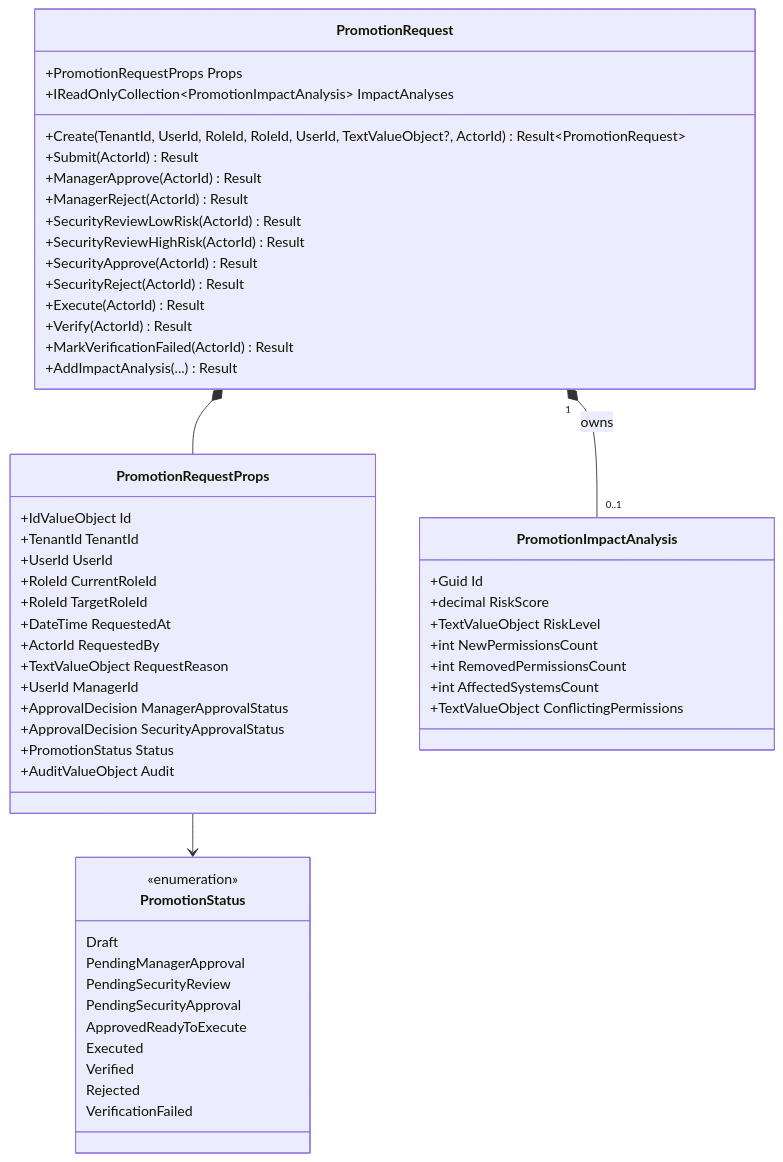
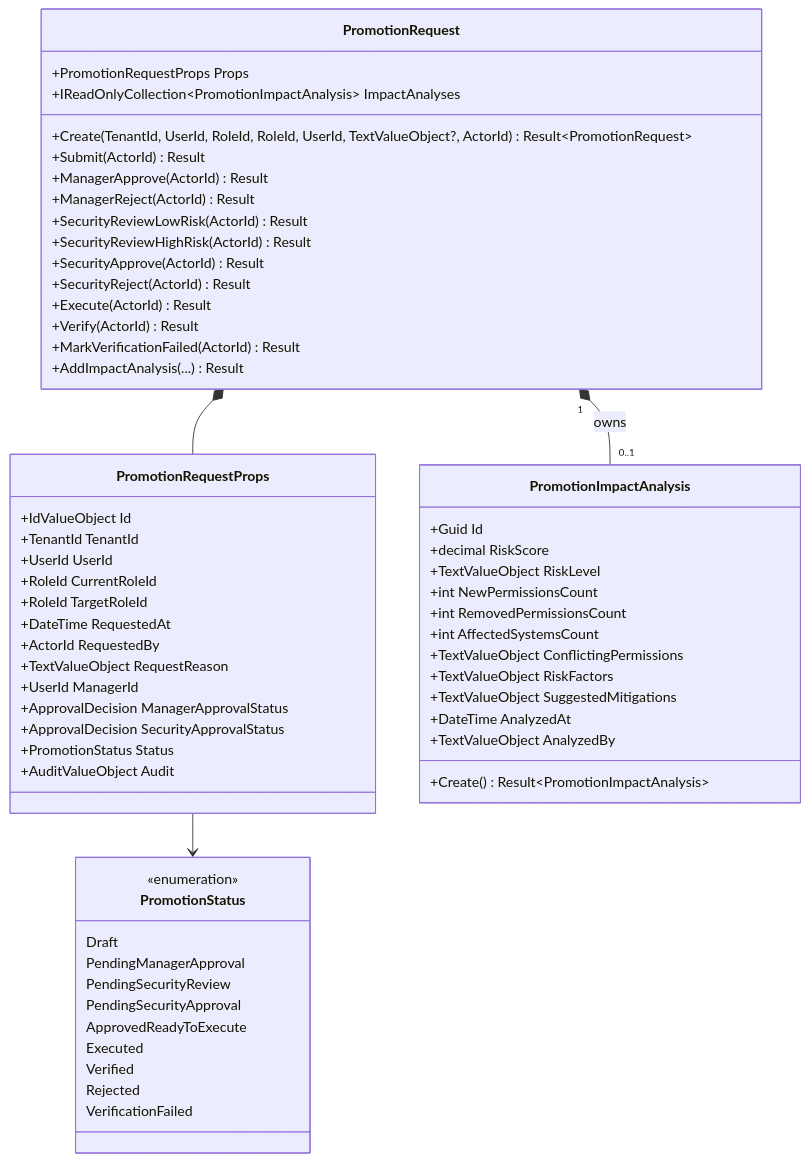
Before and after one commit to beyondnetcode/ums: the first of 4 diagrams in docs/domain/iga/promotion-request.md, drawn with Mermaid. The commit also changed other lines of this file and 19 other files, not shown here.

````diff
--- a/docs/domain/iga/promotion-request.md
+++ b/docs/domain/iga/promotion-request.md
@@ -79,60 +99,65 @@
 ```mermaid
 classDiagram
     direction TB
     class PromotionRequest {
         +PromotionRequestProps Props
         +IReadOnlyCollection~PromotionImpactAnalysis~ ImpactAnalyses
         +Create(TenantId, UserId, RoleId, RoleId, UserId, TextValueObject?, ActorId) Result~PromotionRequest~
         +Submit(ActorId) Result
         +ManagerApprove(ActorId) Result
         +ManagerReject(ActorId) Result
         +SecurityReviewLowRisk(ActorId) Result
         +SecurityReviewHighRisk(ActorId) Result
         +SecurityApprove(ActorId) Result
         +SecurityReject(ActorId) Result
         +Execute(ActorId) Result
         +Verify(ActorId) Result
         +MarkVerificationFailed(ActorId) Result
         +AddImpactAnalysis(...) Result
     }
     class PromotionRequestProps {
         +IdValueObject Id
         +TenantId TenantId
         +UserId UserId
         +RoleId CurrentRoleId
         +RoleId TargetRoleId
         +DateTime RequestedAt
         +ActorId RequestedBy
         +TextValueObject RequestReason
         +UserId ManagerId
         +ApprovalDecision ManagerApprovalStatus
         +ApprovalDecision SecurityApprovalStatus
         +PromotionStatus Status
         +AuditValueObject Audit
     }
     class PromotionImpactAnalysis {
         +Guid Id
         +decimal RiskScore
         +TextValueObject RiskLevel
         +int NewPermissionsCount
         +int RemovedPermissionsCount
         +int AffectedSystemsCount
         +TextValueObject ConflictingPermissions
+        +TextValueObject RiskFactors
+        +TextValueObject SuggestedMitigations
+        +DateTime AnalyzedAt
+        +TextValueObject AnalyzedBy
+        +Create() Result~PromotionImpactAnalysis~
     }
     class PromotionStatus {
         <<enumeration>>
         Draft
         PendingManagerApproval
         PendingSecurityReview
         PendingSecurityApproval
         ApprovedReadyToExecute
         Executed
         Verified
         Rejected
         VerificationFailed
     }
 
     PromotionRequest *-- PromotionRequestProps
     PromotionRequest "1" *-- "0..1" PromotionImpactAnalysis : owns
     PromotionRequestProps --> PromotionStatus
 ```
````
